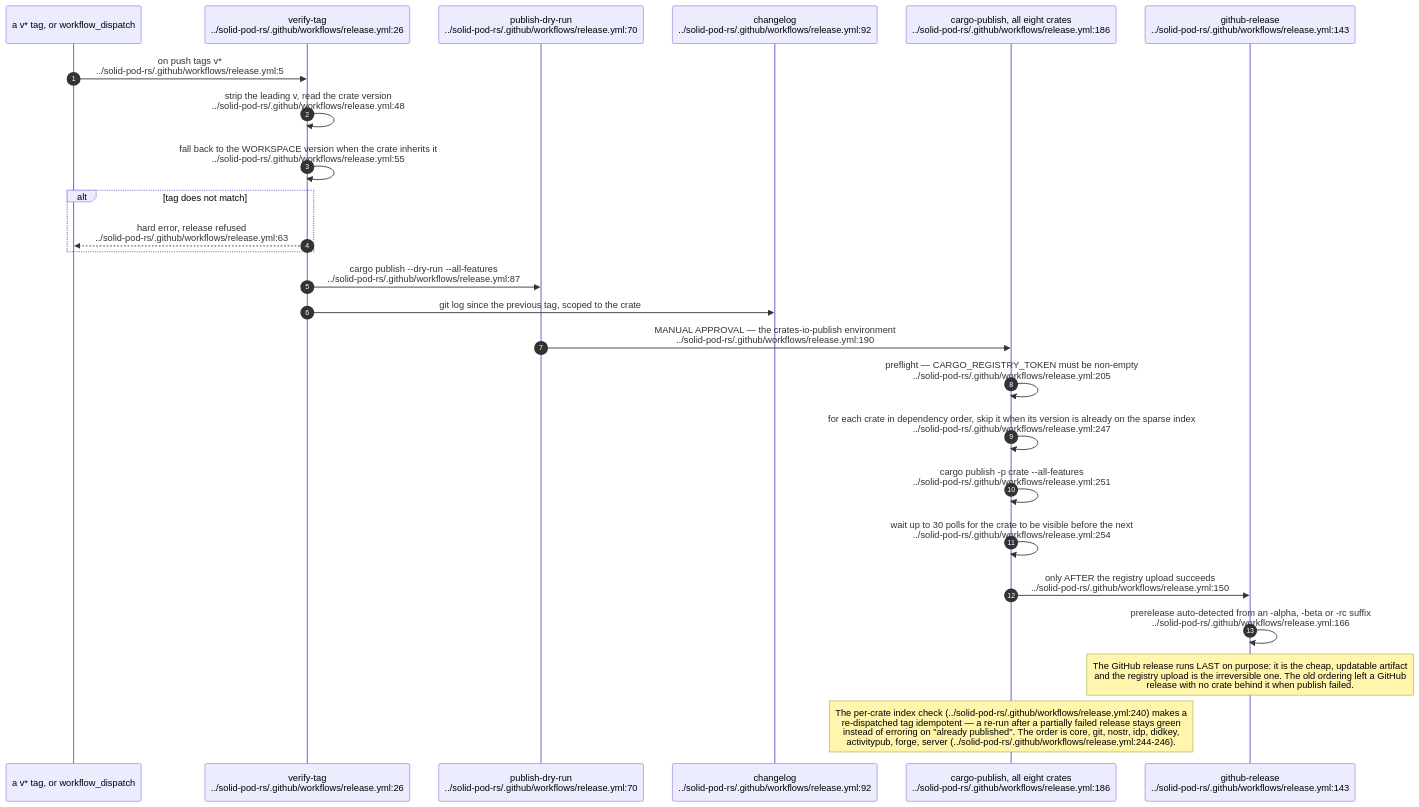
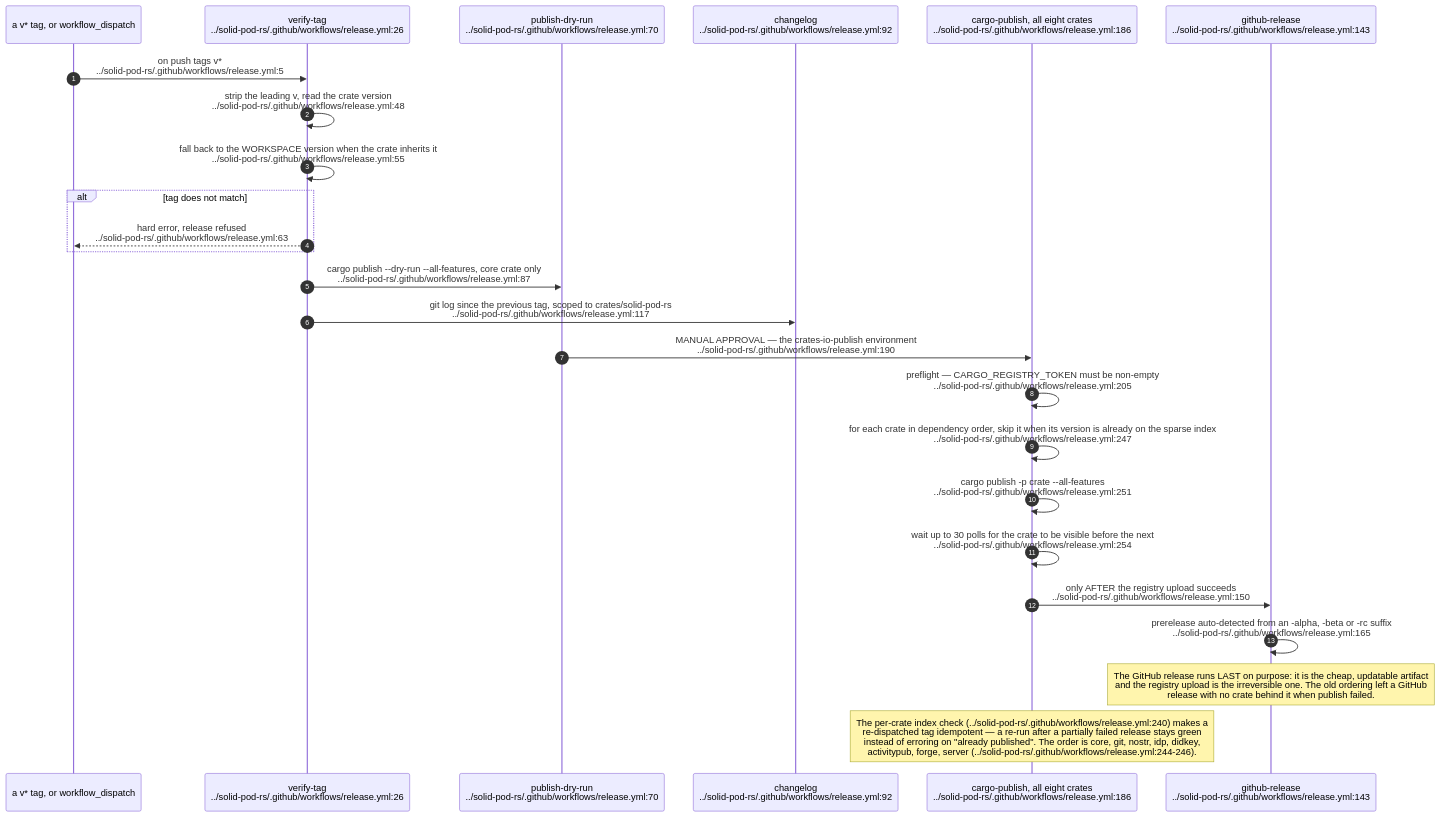
The fourth of 9 diagrams in docs/diagrams/solid-pod-rs/09-ci-release-and-consumer-pins.md (DreamLab-AI/VisionFlow), drawn with Mermaid before and after one commit. The commit also changed other lines of this file and 47 other files, not shown here.

````diff
--- a/docs/diagrams/solid-pod-rs/09-ci-release-and-consumer-pins.md
+++ b/docs/diagrams/solid-pod-rs/09-ci-release-and-consumer-pins.md
@@ -144,29 +161,29 @@
 ```mermaid
 sequenceDiagram
     autonumber
     participant T as a v* tag, or workflow_dispatch
     participant V as verify-tag<br/>../solid-pod-rs/.github/workflows/release.yml:26
     participant D as publish-dry-run<br/>../solid-pod-rs/.github/workflows/release.yml:70
     participant CL as changelog<br/>../solid-pod-rs/.github/workflows/release.yml:92
     participant P as cargo-publish, all eight crates<br/>../solid-pod-rs/.github/workflows/release.yml:186
     participant G as github-release<br/>../solid-pod-rs/.github/workflows/release.yml:143
 
     T->>V: on push tags v*<br/>../solid-pod-rs/.github/workflows/release.yml:5
     V->>V: strip the leading v, read the crate version<br/>../solid-pod-rs/.github/workflows/release.yml:48
     V->>V: fall back to the WORKSPACE version when the crate inherits it<br/>../solid-pod-rs/.github/workflows/release.yml:55
     alt tag does not match
         V-->>T: hard error, release refused<br/>../solid-pod-rs/.github/workflows/release.yml:63
     end
-    V->>D: cargo publish --dry-run --all-features<br/>../solid-pod-rs/.github/workflows/release.yml:87
-    V->>CL: git log since the previous tag, scoped to the crate
+    V->>D: cargo publish --dry-run --all-features, core crate only<br/>../solid-pod-rs/.github/workflows/release.yml:87
+    V->>CL: git log since the previous tag, scoped to crates/solid-pod-rs<br/>../solid-pod-rs/.github/workflows/release.yml:117
     D->>P: MANUAL APPROVAL — the crates-io-publish environment<br/>../solid-pod-rs/.github/workflows/release.yml:190
     P->>P: preflight — CARGO_REGISTRY_TOKEN must be non-empty<br/>../solid-pod-rs/.github/workflows/release.yml:205
     P->>P: for each crate in dependency order, skip it when its version is already on the sparse index<br/>../solid-pod-rs/.github/workflows/release.yml:247
     P->>P: cargo publish -p crate --all-features<br/>../solid-pod-rs/.github/workflows/release.yml:251
     P->>P: wait up to 30 polls for the crate to be visible before the next<br/>../solid-pod-rs/.github/workflows/release.yml:254
     P->>G: only AFTER the registry upload succeeds<br/>../solid-pod-rs/.github/workflows/release.yml:150
-    G->>G: prerelease auto-detected from an -alpha, -beta or -rc suffix<br/>../solid-pod-rs/.github/workflows/release.yml:166
+    G->>G: prerelease auto-detected from an -alpha, -beta or -rc suffix<br/>../solid-pod-rs/.github/workflows/release.yml:165
 
     Note over G: The GitHub release runs LAST on purpose: it is the cheap, updatable artifact<br/>and the registry upload is the irreversible one. The old ordering left a GitHub<br/>release with no crate behind it when publish failed.
     Note over P: The per-crate index check (../solid-pod-rs/.github/workflows/release.yml:240) makes a<br/>re-dispatched tag idempotent — a re-run after a partially failed release stays green<br/>instead of erroring on "already published". The order is core, git, nostr, idp, didkey,<br/>activitypub, forge, server (../solid-pod-rs/.github/workflows/release.yml:244-246).
 ```
````
